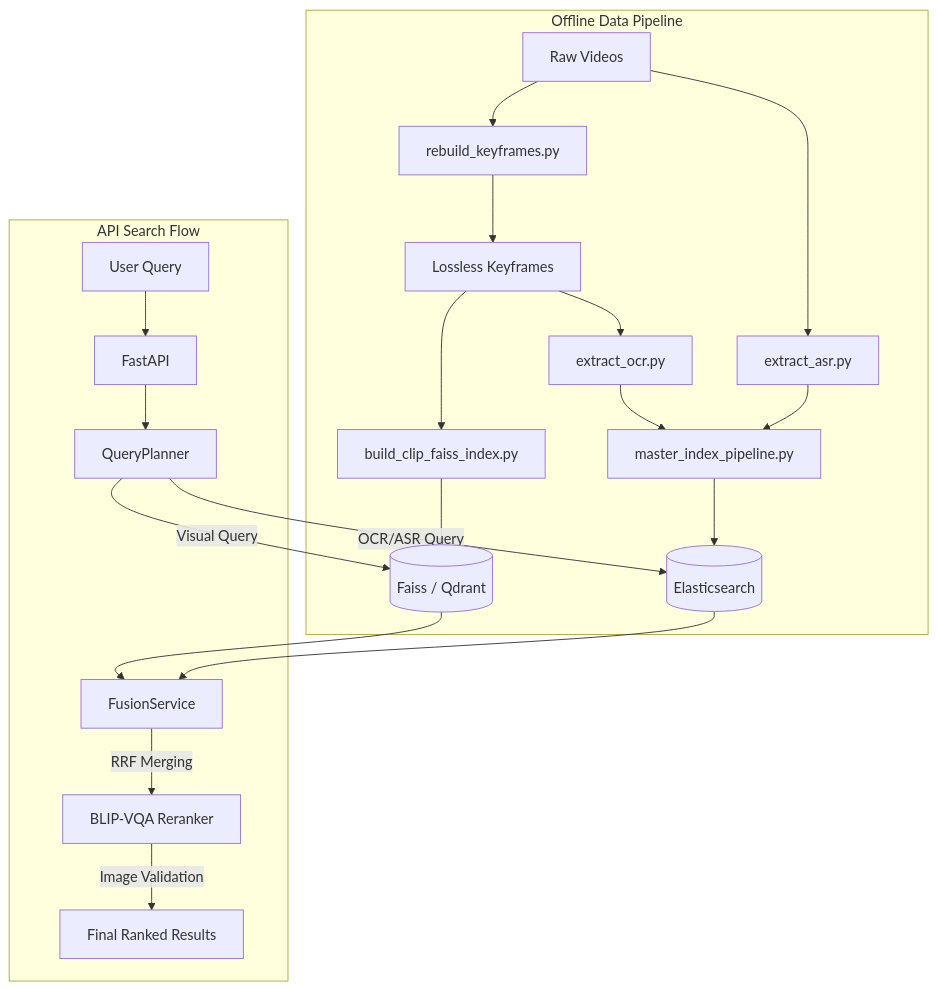
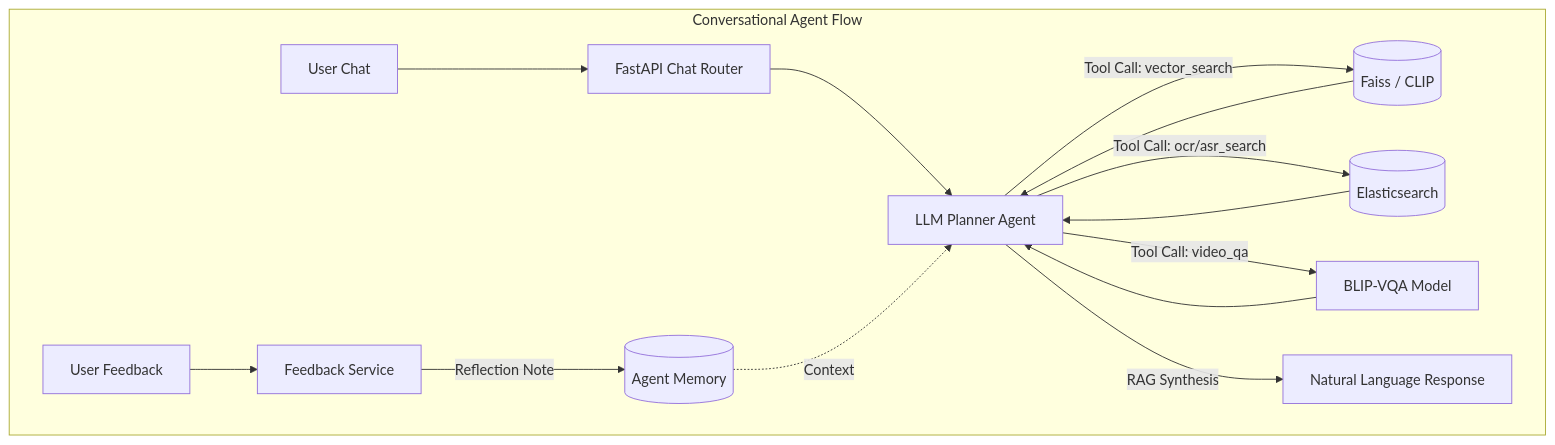
Before and after one commit to ThanhHungtaptanhhocpython/Back-End: the diagram in README.md, drawn with Mermaid. The commit also changed other lines of this file, not shown here.

Commit message:
docs: rewrite README to document Agentic AI architecture and conversational KIS features

````diff
--- a/README.md
+++ b/README.md
@@ -48,25 +42,17 @@
 ```mermaid
 graph TD
-    subgraph Offline Data Pipeline
-        A[Raw Videos] --> B[rebuild_keyframes.py]
-        B --> C[Lossless Keyframes]
-        C --> D[extract_ocr.py]
-        A --> E[extract_asr.py]
-        C --> F[build_clip_faiss_index.py]
-        F --> G[(Faiss / Qdrant)]
-        D --> H[master_index_pipeline.py]
-        E --> H
-        H --> I[(Elasticsearch)]
-    end
-
-    subgraph API Search Flow
-        U[User Query] --> V[FastAPI]
-        V --> W[QueryPlanner]
-        W -- Visual Query --> G
-        W -- OCR/ASR Query --> I
-        G --> X[FusionService]
-        I --> X
-        X -- RRF Merging --> Y[BLIP-VQA Reranker]
-        Y -- Image Validation --> Z[Final Ranked Results]
+    subgraph Conversational Agent Flow
+        U[User Chat] --> V[FastAPI Chat Router]
+        V --> W[LLM Planner Agent]
+        W -- Tool Call: vector_search --> F[(Faiss / CLIP)]
+        W -- Tool Call: ocr/asr_search --> E[(Elasticsearch)]
+        W -- Tool Call: video_qa --> Q[BLIP-VQA Model]
+        F --> W
+        E --> W
+        Q --> W
+        W -- RAG Synthesis --> Z[Natural Language Response]
+        FB[User Feedback] --> FS[Feedback Service]
+        FS -- Reflection Note --> M[(Agent Memory)]
+        M -. Context .-> W
     end
 ```
````
